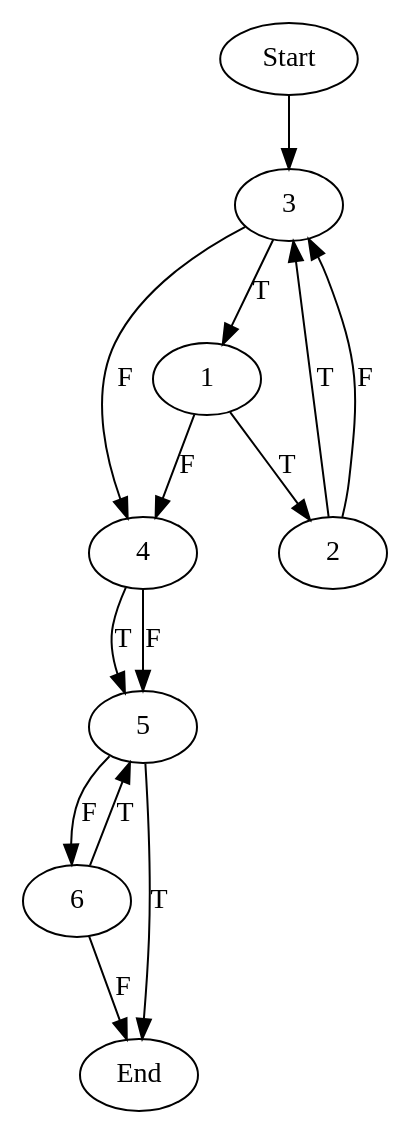
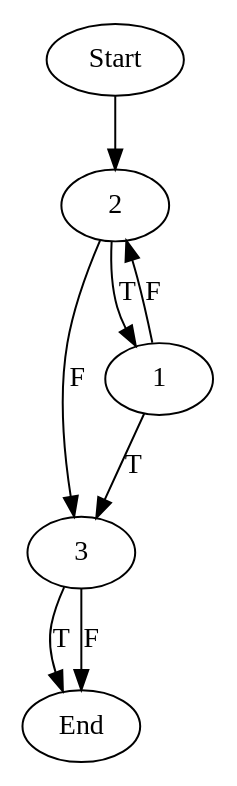
The diagram in Parser/input.dot (echancrure/Sikraken), drawn with Graphviz before and after one commit. The commit also changed 9 other files, not shown here.

```diff
--- a/Parser/input.dot
+++ b/Parser/input.dot
@@ -1,15 +1,9 @@
 digraph CFG {
-"Start" -> "3"	 
-"6" -> "5" [label = "T"];
-"6" -> "End" [label = "F"];
-"5" -> "End" [label = "T"];
-"5" -> "6" [label = "F"];
-"4" -> "5" [label = "T"];
-"4" -> "5" [label = "F"];
-"3" -> "1" [label = "T"];
-"3" -> "4" [label = "F"];
-"2" -> "3" [label = "T"];
+"Start" -> "2"	 
+"3" -> "End" [label = "T"];
+"3" -> "End" [label = "F"];
+"2" -> "1" [label = "T"];
 "2" -> "3" [label = "F"];
-"1" -> "2" [label = "T"];
-"1" -> "4" [label = "F"];
+"1" -> "3" [label = "T"];
+"1" -> "2" [label = "F"];
 }
```
